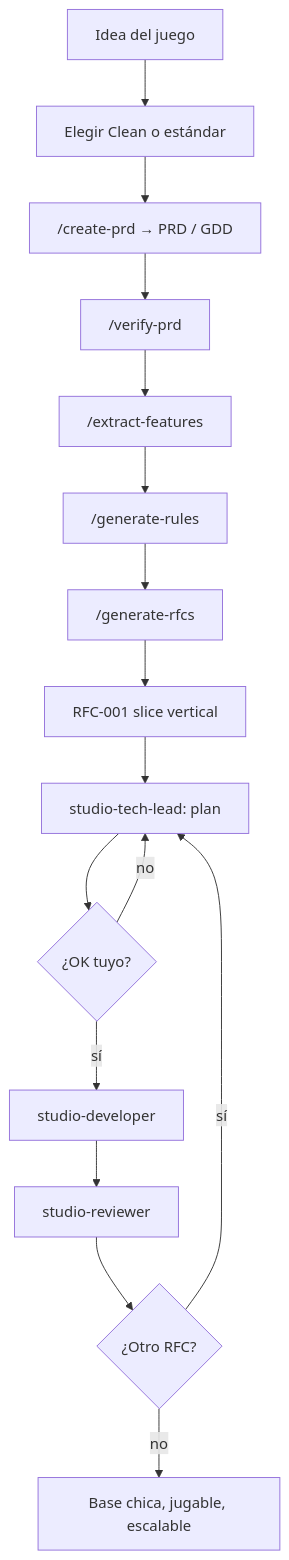
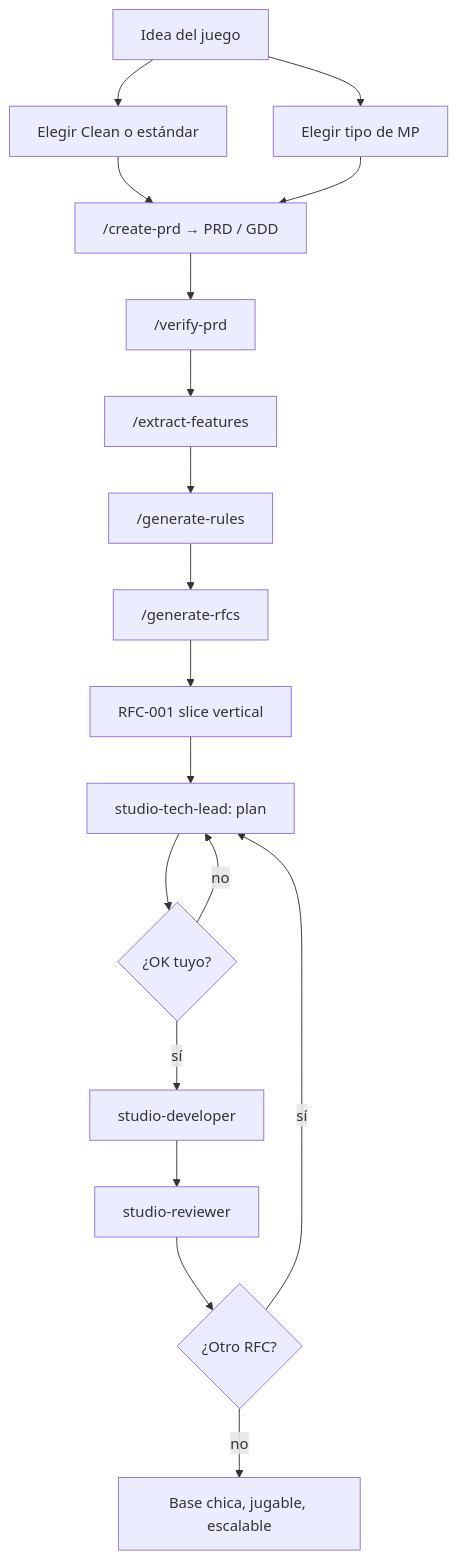
The fourth of 4 diagrams in README.md (Joelnicolass/godot-studio-skills), drawn with Mermaid before and after one commit. The commit also changed other lines of this file and 12 other files, not shown here.

````diff
--- a/README.md
+++ b/README.md
@@ -116,19 +136,21 @@
 ```mermaid
 flowchart TD
   idea[Idea del juego] --> arch[Elegir Clean o estándar]
+  idea --> mp[Elegir tipo de MP]
   arch --> prd["/create-prd → PRD / GDD"]
+  mp --> prd
   prd --> ver["/verify-prd"]
   ver --> feat["/extract-features"]
   feat --> rules["/generate-rules"]
   rules --> rfcs["/generate-rfcs"]
   rfcs --> slice[RFC-001 slice vertical]
 
   slice --> plan[studio-tech-lead: plan]
   plan --> ok{¿OK tuyo?}
   ok -->|no| plan
   ok -->|sí| dev[studio-developer]
   dev --> rev[studio-reviewer]
   rev --> more{¿Otro RFC?}
   more -->|sí| plan
   more -->|no| done[Base chica, jugable, escalable]
 ```
````
